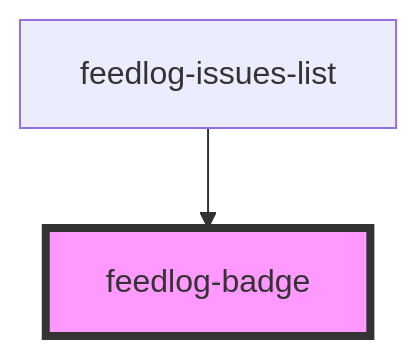
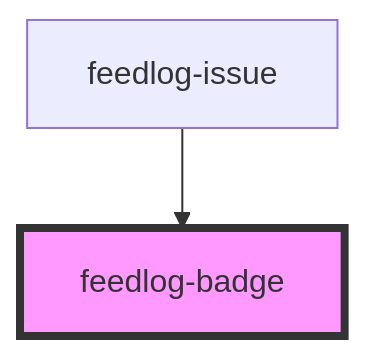
The diagram in packages/webcomponents/src/components/feedlog-badge/readme.md (FeedlogAI/feedlog-toolkit), drawn with Mermaid before and after one commit. The commit also changed other lines of this file and 20 other files, not shown here.

First line of the commit message:
Refactor Feedlog components to replace FeedlogIssuesList with FeedlogIssue

````diff
--- a/packages/webcomponents/src/components/feedlog-badge/readme.md
+++ b/packages/webcomponents/src/components/feedlog-badge/readme.md
@@ -25,5 +26,5 @@
 ```mermaid
 graph TD;
-  feedlog-issues-list --> feedlog-badge
+  feedlog-issue --> feedlog-badge
   style feedlog-badge fill:#f9f,stroke:#333,stroke-width:4px
 ```
````
